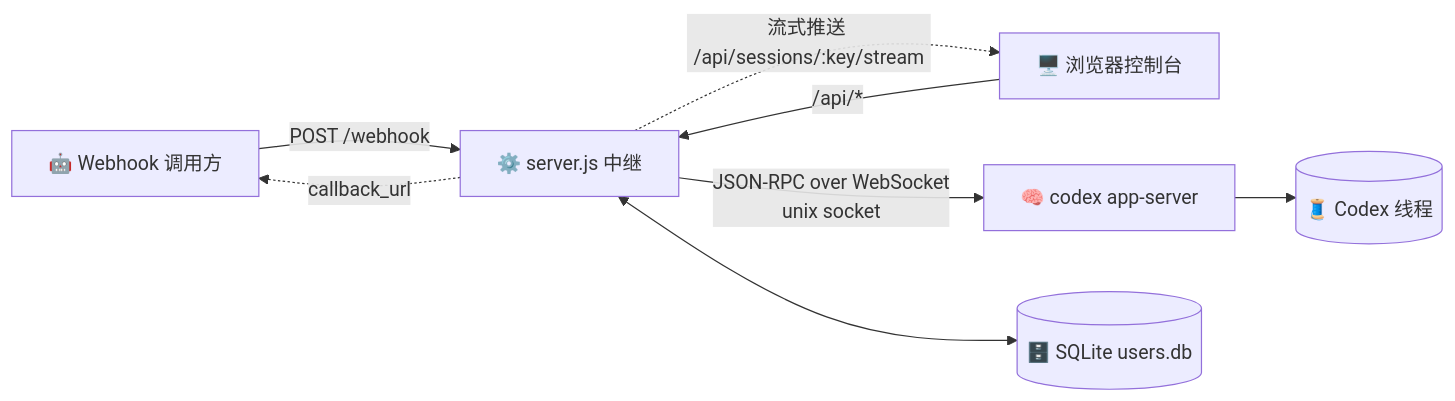
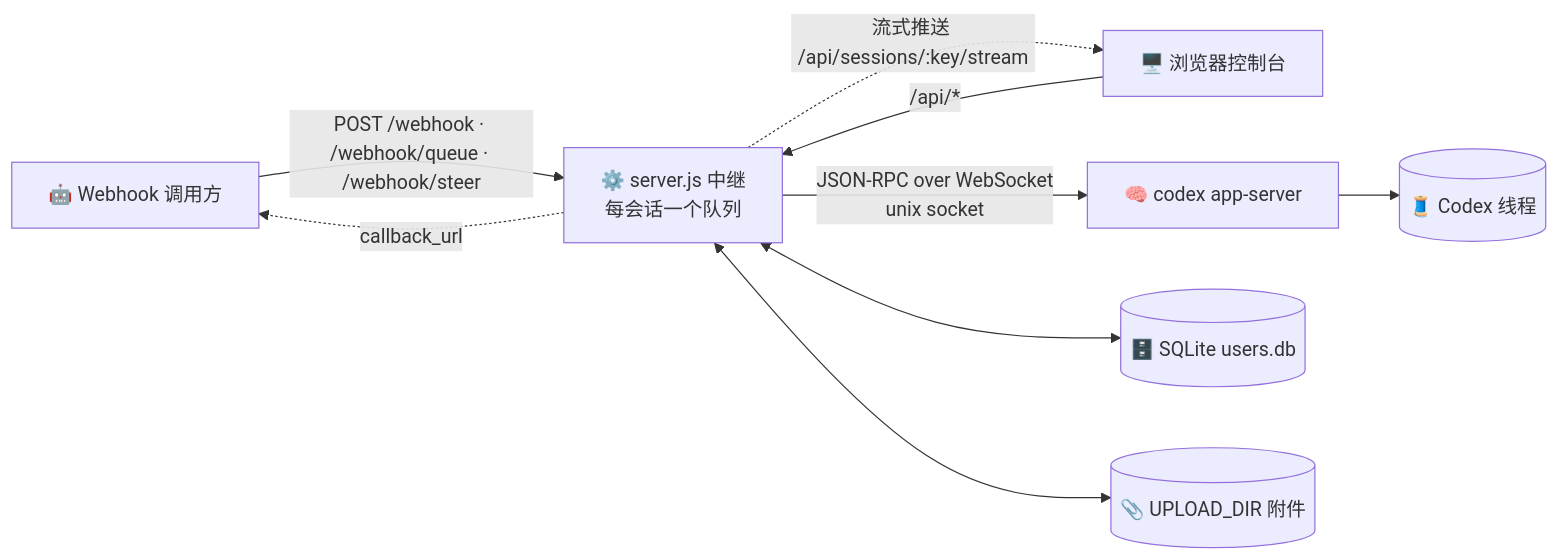
One commit to dylantsai-dev/linebot-relay changed the first of 2 diagrams in README.md. Above: the diagram before and after it, drawn with Mermaid. The commit also changed other lines of this file and 1 other file, not shown here.

Commit message:
docs: README for any-file uploads, refresh/resume, queue vs steer, three webhooks; domain placeholder

````diff
--- a/README.md
+++ b/README.md
@@ -37,10 +41,11 @@
 ```mermaid
 flowchart LR
-  W[🤖 Webhook 调用方] -- POST /webhook --> S
+  W[🤖 Webhook 调用方] -- POST /webhook · /webhook/queue · /webhook/steer --> S
   B[🖥️ 浏览器控制台] -- /api/* --> S
-  S[⚙️ server.js 中继] -- JSON-RPC over WebSocket<br/>unix socket --> A[🧠 codex app-server]
+  S[⚙️ server.js 中继<br/>每会话一个队列] -- JSON-RPC over WebSocket<br/>unix socket --> A[🧠 codex app-server]
   A --> T[(🧵 Codex 线程)]
   S <--> D[(🗄️ SQLite users.db)]
+  S <--> U[(📎 UPLOAD_DIR 附件)]
   S -. 流式推送 /api/sessions/:key/stream .-> B
   S -. callback_url .-> W
 ```
````
